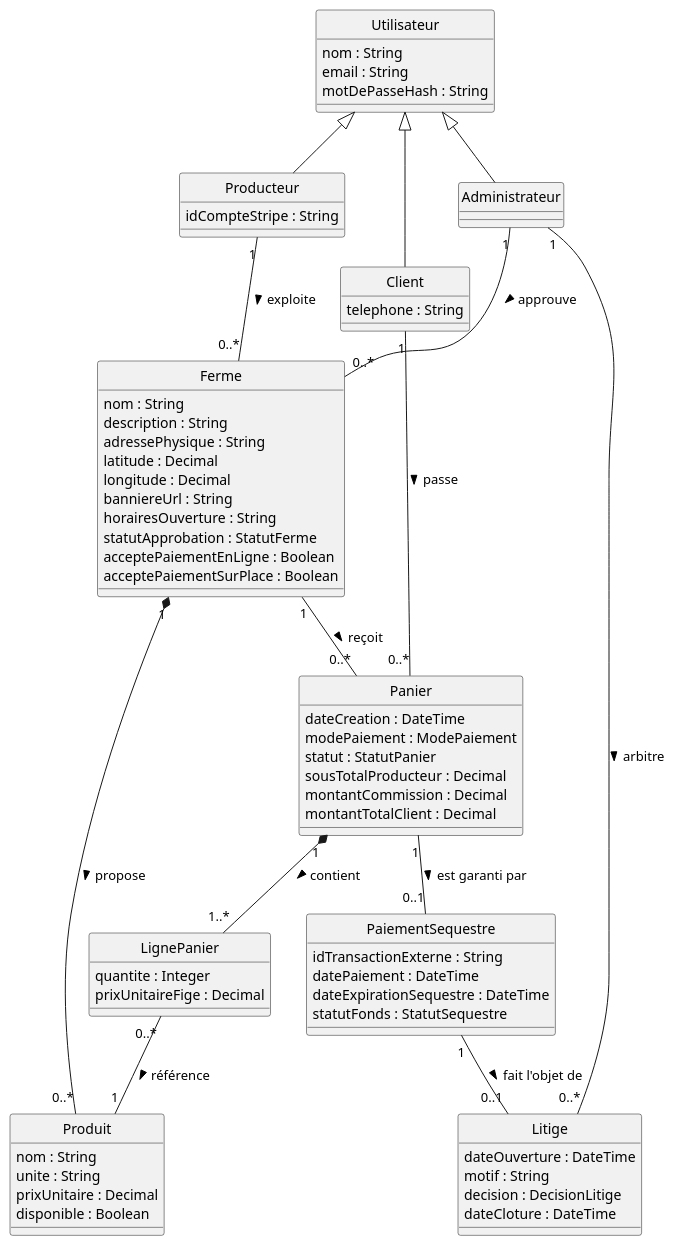
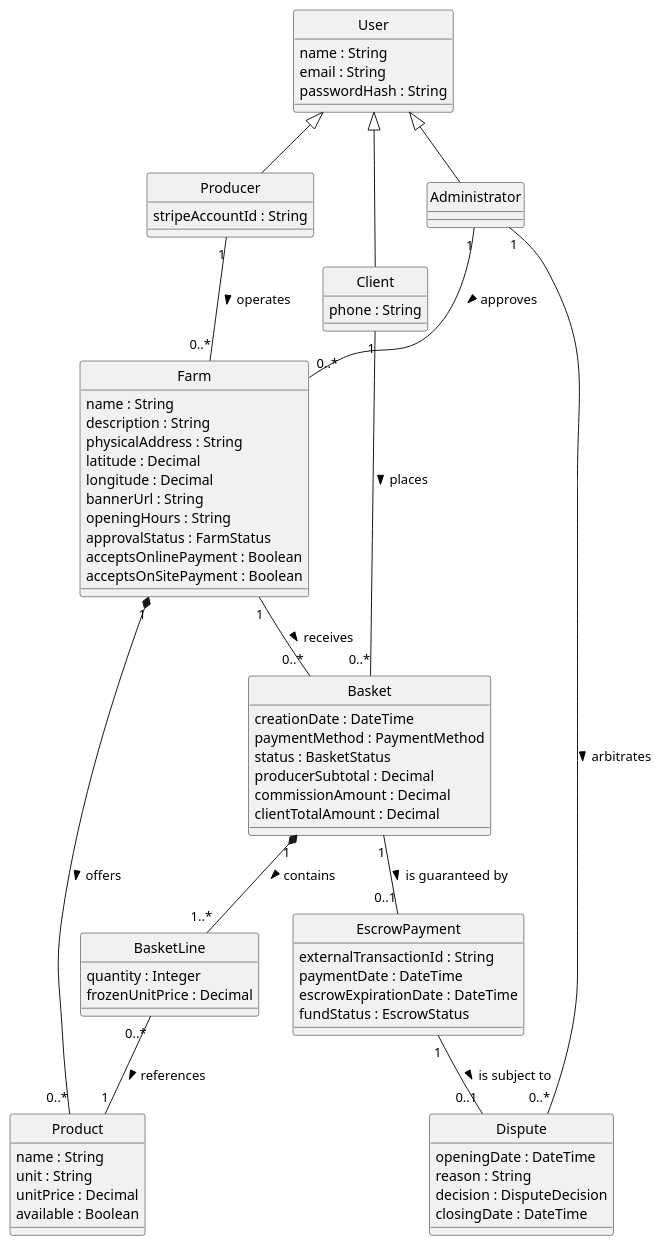
The third of 6 diagrams in REQUIREMENTS.md (Uhrbaan/reis-panier-fermier), drawn with PlantUML before and after one commit. The commit also changed other lines of this file and 14 other files, not shown here.

````diff
--- a/REQUIREMENTS.md
+++ b/REQUIREMENTS.md
@@ -254,87 +254,87 @@
 skinparam classAttributeIconSize 0
 hide circle
 
-class Utilisateur {
-  nom : String
+class User {
+  name : String
   email : String
-  motDePasseHash : String
+  passwordHash : String
 }
 
 class Client {
-  telephone : String
+  phone : String
 }
 
-class Producteur {
-  idCompteStripe : String
+class Producer {
+  stripeAccountId : String
 }
 
-class Administrateur {
+class Administrator {
 }
 
-class Ferme {
-  nom : String
+class Farm {
+  name : String
   description : String
-  adressePhysique : String
+  physicalAddress : String
   latitude : Decimal
   longitude : Decimal
-  banniereUrl : String
-  horairesOuverture : String
-  statutApprobation : StatutFerme
-  acceptePaiementEnLigne : Boolean
-  acceptePaiementSurPlace : Boolean
+  bannerUrl : String
+  openingHours : String
+  approvalStatus : FarmStatus
+  acceptsOnlinePayment : Boolean
+  acceptsOnSitePayment : Boolean
 }
 
-class Produit {
-  nom : String
-  unite : String
-  prixUnitaire : Decimal
-  disponible : Boolean
+class Product {
+  name : String
+  unit : String
+  unitPrice : Decimal
+  available : Boolean
 }
 
-class Panier {
-  dateCreation : DateTime
-  modePaiement : ModePaiement
-  statut : StatutPanier
-  sousTotalProducteur : Decimal
-  montantCommission : Decimal
-  montantTotalClient : Decimal
+class Basket {
+  creationDate : DateTime
+  paymentMethod : PaymentMethod
+  status : BasketStatus
+  producerSubtotal : Decimal
+  commissionAmount : Decimal
+  clientTotalAmount : Decimal
 }
 
-class LignePanier {
-  quantite : Integer
-  prixUnitaireFige : Decimal
+class BasketLine {
+  quantity : Integer
+  frozenUnitPrice : Decimal
 }
 
-class PaiementSequestre {
-  idTransactionExterne : String
-  datePaiement : DateTime
-  dateExpirationSequestre : DateTime
-  statutFonds : StatutSequestre
+class EscrowPayment {
+  externalTransactionId : String
+  paymentDate : DateTime
+  escrowExpirationDate : DateTime
+  fundStatus : EscrowStatus
 }
 
-class Litige {
-  dateOuverture : DateTime
-  motif : String
-  decision : DecisionLitige
-  dateCloture : DateTime
+class Dispute {
+  openingDate : DateTime
+  reason : String
+  decision : DisputeDecision
+  closingDate : DateTime
 }
 
-Utilisateur <|-- Client
-Utilisateur <|-- Producteur
-Utilisateur <|-- Administrateur
+User <|-- Client
+User <|-- Producer
+User <|-- Administrator
 
-Producteur "1" -- "0..*" Ferme : exploite >
-Administrateur "1" -- "0..*" Ferme : approuve >
-Ferme "1" *-- "0..*" Produit : propose >
+Producer "1" -- "0..*" Farm : operates >
+Administrator "1" -- "0..*" Farm : approves >
+Farm "1" *-- "0..*" Product : offers >
 
-Client "1" -- "0..*" Panier : passe >
-Ferme "1" -- "0..*" Panier : reçoit >
-Panier "1" *-- "1..*" LignePanier : contient >
-LignePanier "0..*" -- "1" Produit : référence >
+Client "1" -- "0..*" Basket : places >
+Farm "1" -- "0..*" Basket : receives >
+Basket "1" *-- "1..*" BasketLine : contains >
+BasketLine "0..*" -- "1" Product : references >
 
-Panier "1" -- "0..1" PaiementSequestre : est garanti par >
-PaiementSequestre "1" -- "0..1" Litige : fait l'objet de >
-Administrateur "1" -- "0..*" Litige : arbitre >
+Basket "1" -- "0..1" EscrowPayment : is guaranteed by >
+EscrowPayment "1" -- "0..1" Dispute : is subject to >
+Administrator "1" -- "0..*" Dispute : arbitrates >
 
 @enduml
 ```
````
